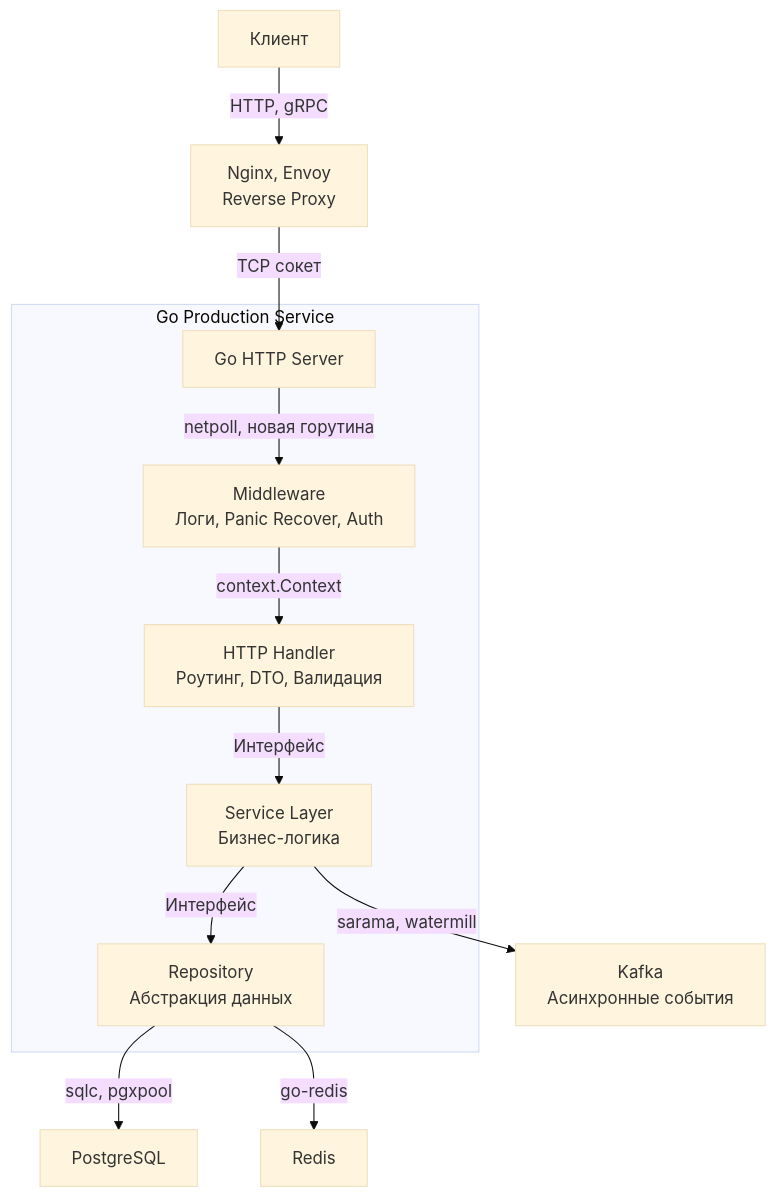
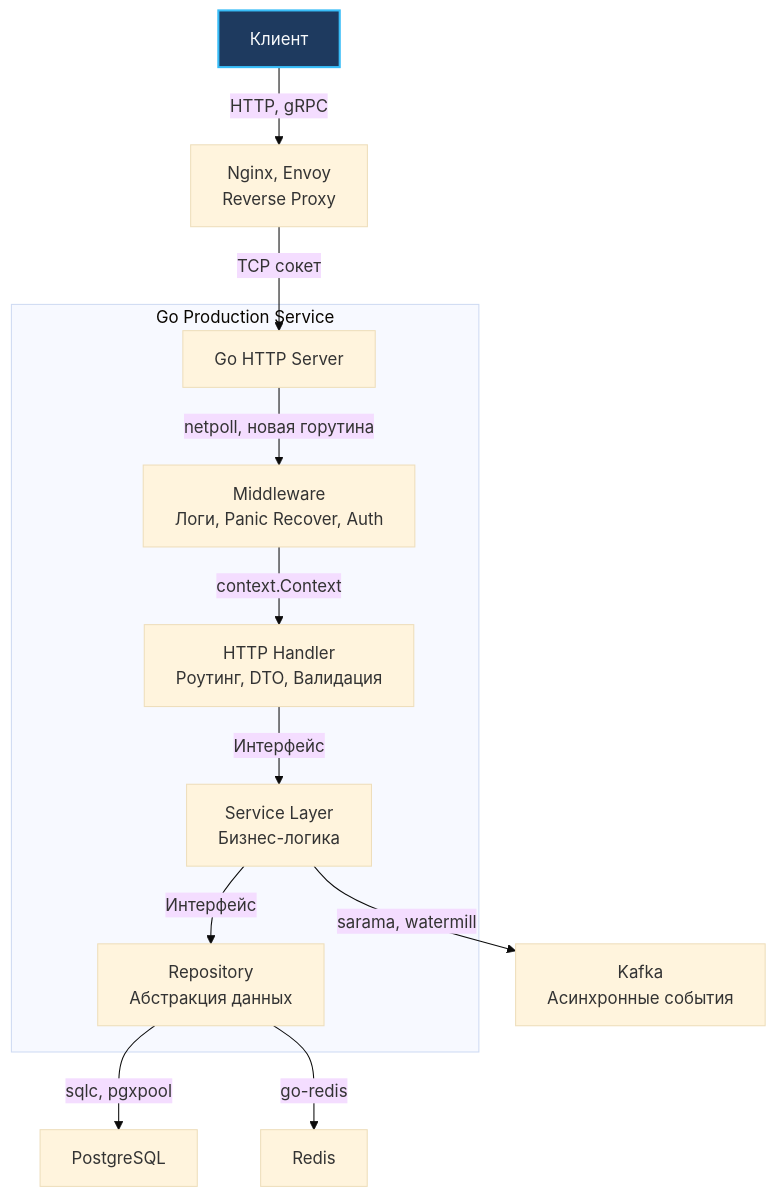
Before and after one commit to UnrealTemplier/go-textbook: the diagram in sources/9. Бэкенд на Go (Практика разработки)/44. Итоги раздела. Production backend на Go.md, drawn with Mermaid (base theme). The commit also changed 1666 other files, not shown here.

First line of the commit message:
feat(mermaid): add semantic color classDef to 1369 colorless flowchart/graph diagrams

````diff
--- a/sources/9. Бэкенд на Go (Практика разработки)/44. Итоги раздела. Production backend на Go.md
+++ b/sources/9. Бэкенд на Go (Практика разработки)/44. Итоги раздела. Production backend на Go.md
@@ -19,16 +19,26 @@
 ```mermaid
 flowchart TD
-    Client["Клиент"] -->|"HTTP, gRPC"| Nginx["Nginx, Envoy<br>Reverse Proxy"]
+    classDef process  fill:#1e293b,stroke:#38bdf8,stroke-width:1px,color:#f8fafc
+    classDef success  fill:#064e3b,stroke:#34d399,stroke-width:1px,color:#f8fafc
+    classDef error    fill:#7f1d1d,stroke:#f87171,stroke-width:1px,color:#f8fafc
+    classDef warning  fill:#78350f,stroke:#fbbf24,stroke-width:1px,color:#f8fafc
+    classDef entry    fill:#1e3a5f,stroke:#38bdf8,stroke-width:2px,color:#f8fafc
+    classDef aux      fill:#334155,stroke:#64748b,stroke-width:1px,color:#f8fafc
+    classDef system   fill:#312e81,stroke:#a78bfa,stroke-width:1px,color:#f8fafc
+    classDef data     fill:#132d29,stroke:#2dd4bf,stroke-width:1px,color:#f8fafc
+    classDef network  fill:#881337,stroke:#fb7185,stroke-width:1px,color:#f8fafc
+    classDef accent   fill:#1e1b4b,stroke:#818cf8,stroke-width:1px,color:#f8fafc
+    Client["Клиент"]:::entry -->|"HTTP, gRPC"| Nginx["Nginx, Envoy<br>Reverse Proxy"]
     Nginx -->|"TCP сокет"| Server["Go HTTP Server"]
     
     subgraph App ["Go Production Service"]
         Server -->|"netpoll, новая горутина"| MW["Middleware<br>Логи, Panic Recover, Auth"]
         MW -->|"context.Context"| Handler["HTTP Handler<br>Роутинг, DTO, Валидация"]
         Handler -->|"Интерфейс"| Service["Service Layer<br>Бизнес-логика"]
         Service -->|"Интерфейс"| Repo["Repository<br>Абстракция данных"]
     end
     
     Repo -->|"sqlc, pgxpool"| DB["PostgreSQL"]
     Repo -->|"go-redis"| Cache["Redis"]
     Service -->|"sarama, watermill"| Kafka["Kafka<br>Асинхронные события"]
 ```
````
